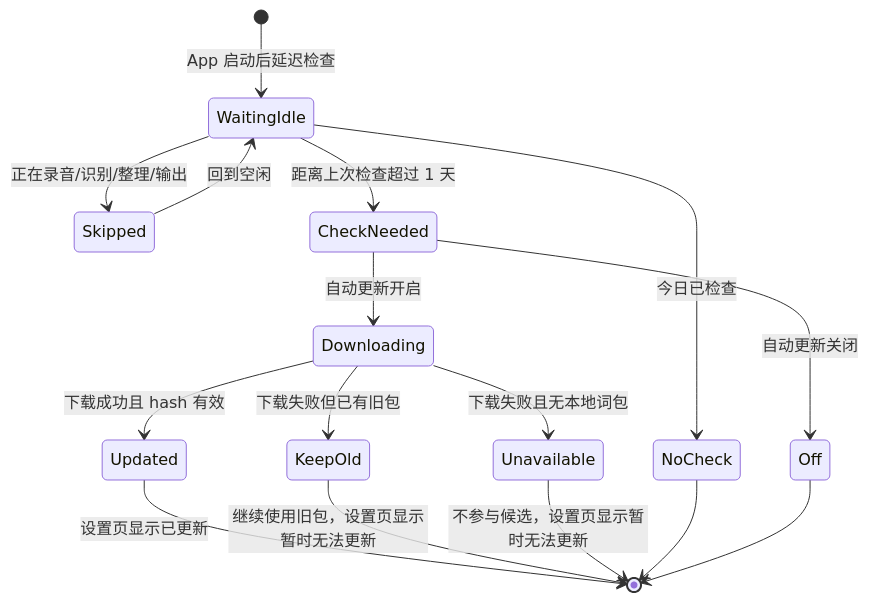
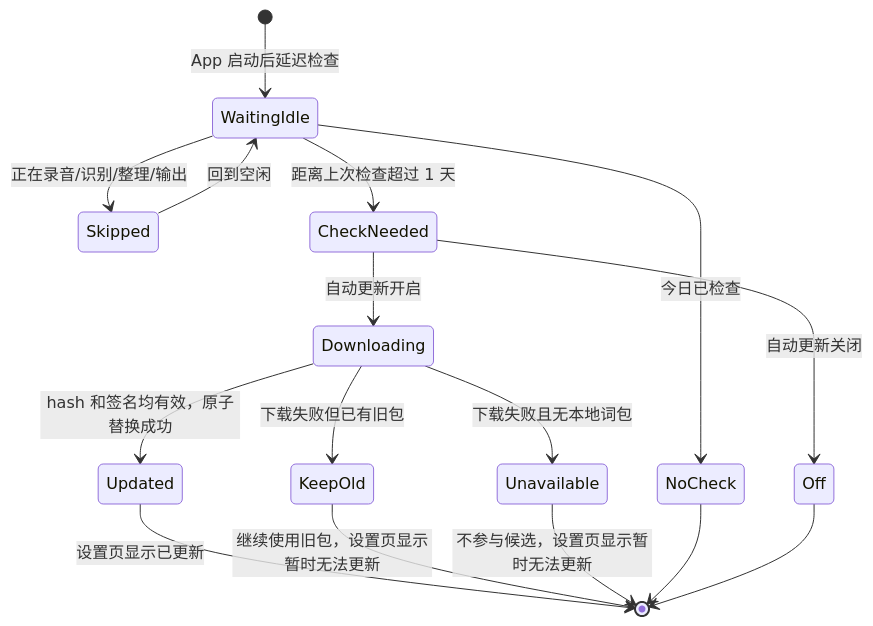
One commit to whnnick/readytype changed the second of 4 diagrams in docs/versions/1.4.0/INTERACTION_FLOW.zh-CN.md. Above: the diagram before and after it, drawn with Mermaid. The commit also changed other lines of this file and 14 other files, not shown here.

````diff
--- a/docs/versions/1.4.0/INTERACTION_FLOW.zh-CN.md
+++ b/docs/versions/1.4.0/INTERACTION_FLOW.zh-CN.md
@@ -29,18 +29,18 @@
 ```mermaid
 stateDiagram-v2
     [*] --> WaitingIdle: App 启动后延迟检查
     WaitingIdle --> Skipped: 正在录音/识别/整理/输出
     Skipped --> WaitingIdle: 回到空闲
     WaitingIdle --> CheckNeeded: 距离上次检查超过 1 天
     WaitingIdle --> NoCheck: 今日已检查
     CheckNeeded --> Downloading: 自动更新开启
     CheckNeeded --> Off: 自动更新关闭
-    Downloading --> Updated: 下载成功且 hash 有效
+    Downloading --> Updated: hash 和签名均有效，原子替换成功
     Downloading --> KeepOld: 下载失败但已有旧包
     Downloading --> Unavailable: 下载失败且无本地词包
     Updated --> [*]: 设置页显示已更新
     KeepOld --> [*]: 继续使用旧包，设置页显示暂时无法更新
     Unavailable --> [*]: 不参与候选，设置页显示暂时无法更新
     NoCheck --> [*]
     Off --> [*]
 ```
````
